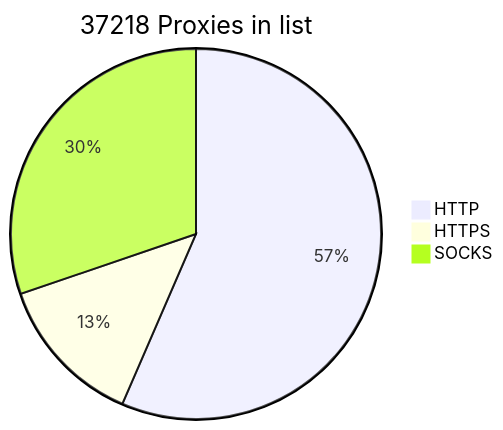
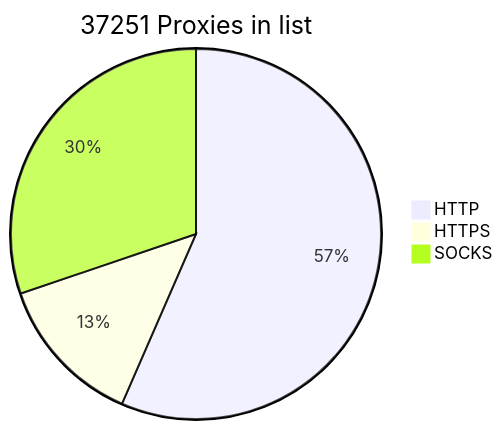
The diagram in README.md (BlackSnowDot/proxylist-update-every-minute), drawn with Mermaid before and after one commit.

````diff
--- a/README.md
+++ b/README.md
@@ -2,6 +2,6 @@
 ```mermaid
-pie title 37218 Proxies in list
-    "HTTP" : 23368
+pie title 37251 Proxies in list
+    "HTTP" : 23401
     "HTTPS": 5482
     "SOCKS" : 12503
 ```
````
